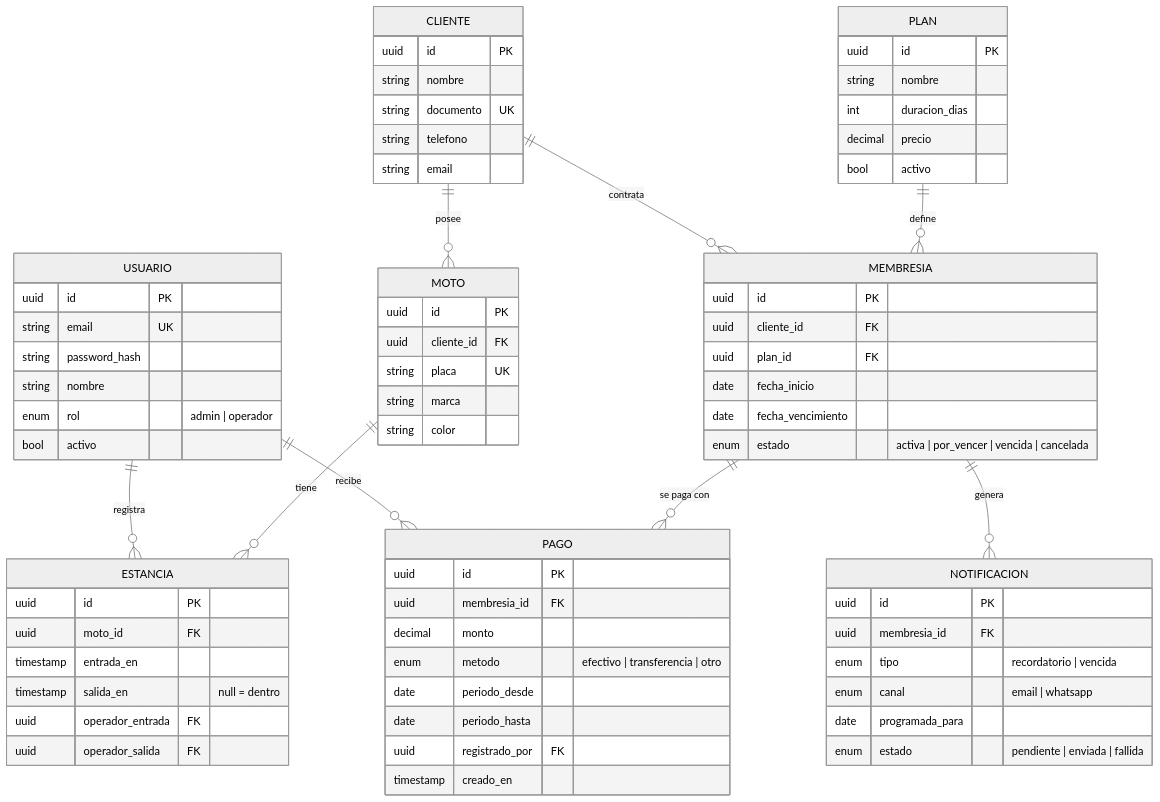
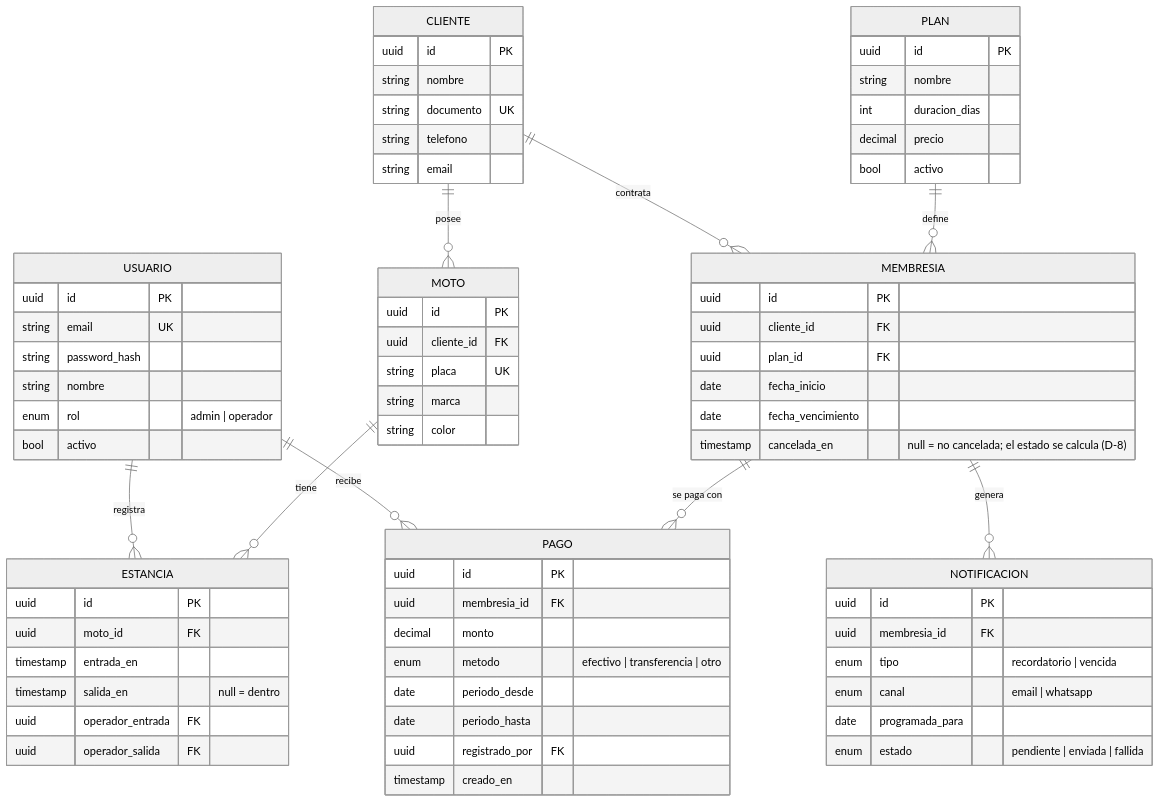
Before and after one commit to shaktiintelligence777-sudo/PROYECTO-PARQUEADERO: the second of 4 diagrams in docs/ROADMAP.md, drawn with Mermaid (neutral theme). The commit also changed other lines of this file and 11 other files, not shown here.

````diff
--- a/docs/ROADMAP.md
+++ b/docs/ROADMAP.md
@@ -132,75 +132,75 @@
 ```mermaid
 erDiagram
     USUARIO ||--o{ ESTANCIA : registra
     USUARIO ||--o{ PAGO : recibe
     CLIENTE ||--o{ MOTO : posee
     CLIENTE ||--o{ MEMBRESIA : contrata
     PLAN ||--o{ MEMBRESIA : define
     MEMBRESIA ||--o{ PAGO : "se paga con"
     MEMBRESIA ||--o{ NOTIFICACION : genera
     MOTO ||--o{ ESTANCIA : tiene
 
     USUARIO {
         uuid id PK
         string email UK
         string password_hash
         string nombre
         enum rol "admin | operador"
         bool activo
     }
     CLIENTE {
         uuid id PK
         string nombre
         string documento UK
         string telefono
         string email
     }
     MOTO {
         uuid id PK
         uuid cliente_id FK
         string placa UK
         string marca
         string color
     }
     PLAN {
         uuid id PK
         string nombre
         int duracion_dias
         decimal precio
         bool activo
     }
     MEMBRESIA {
         uuid id PK
         uuid cliente_id FK
         uuid plan_id FK
         date fecha_inicio
         date fecha_vencimiento
-        enum estado "activa | por_vencer | vencida | cancelada"
+        timestamp cancelada_en "null = no cancelada; el estado se calcula (D-8)"
     }
     PAGO {
         uuid id PK
         uuid membresia_id FK
         decimal monto
         enum metodo "efectivo | transferencia | otro"
         date periodo_desde
         date periodo_hasta
         uuid registrado_por FK
         timestamp creado_en
     }
     ESTANCIA {
         uuid id PK
         uuid moto_id FK
         timestamp entrada_en
         timestamp salida_en "null = dentro"
         uuid operador_entrada FK
         uuid operador_salida FK
     }
     NOTIFICACION {
         uuid id PK
         uuid membresia_id FK
         enum tipo "recordatorio | vencida"
         enum canal "email | whatsapp"
         date programada_para
         enum estado "pendiente | enviada | fallida"
     }
 ```
````
